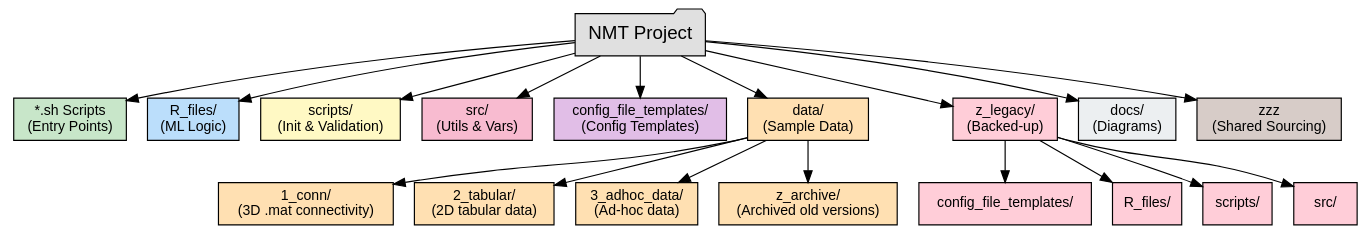
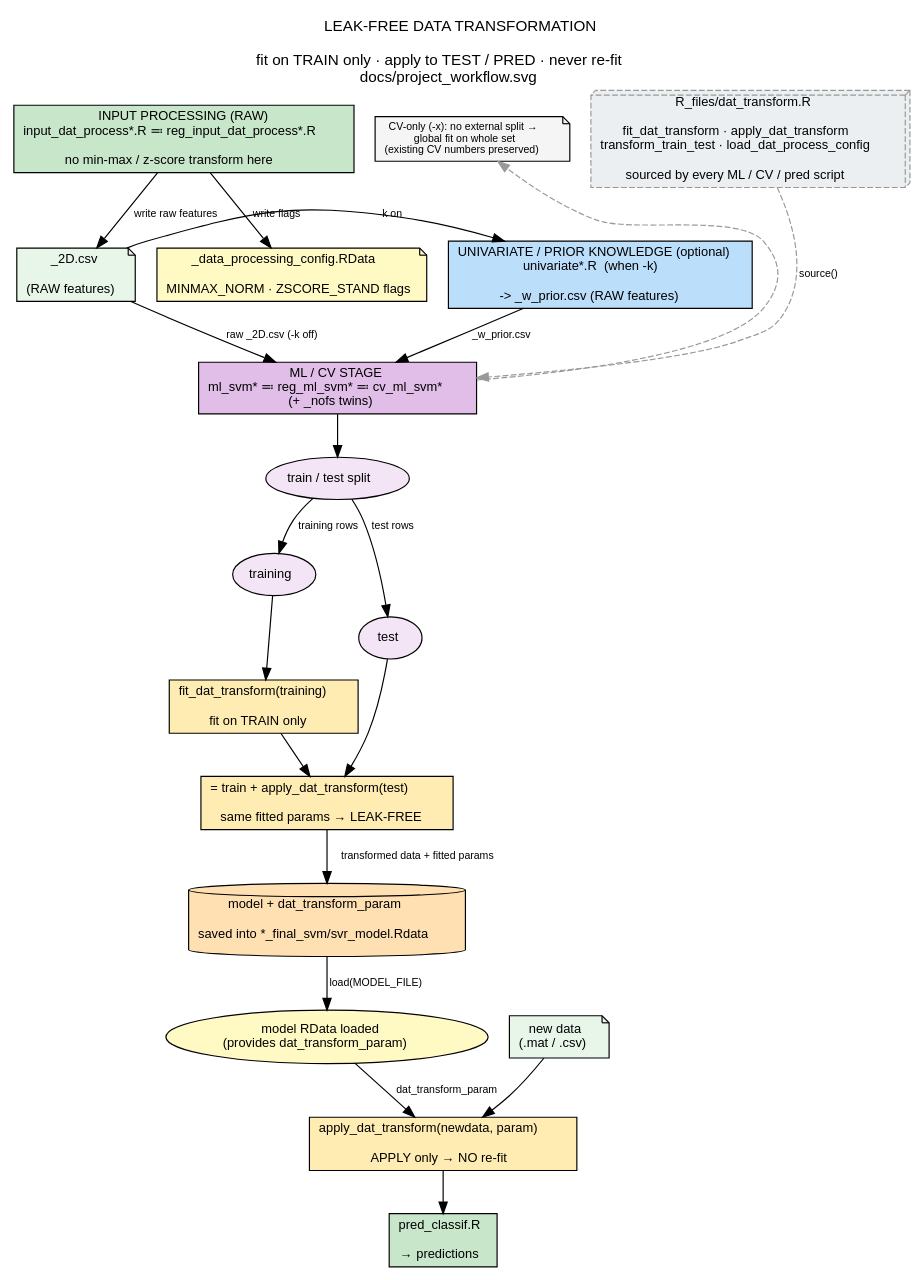
Before and after one commit to jzhangc/git_nmt_commandline: the diagram in docs/project_workflow.dot, drawn with Graphviz. The commit also changed 22 other files, not shown here.

Commit message:
0.5.x-20261017: data transformation updates

```diff
--- a/docs/project_workflow.dot
+++ b/docs/project_workflow.dot
@@ -1,55 +1,66 @@
 digraph NMT_Project_Workflow {
   rankdir=TB;
   fontname="Helvetica";
-  node [fontname="Helvetica", style=filled, shape=box, fontsize=12];
-  edge [fontname="Helvetica", fontsize=10];
+  node [fontname="Helvetica", style=filled, shape=box, fontsize=11];
+  edge [fontname="Helvetica", fontsize=9];
+  labelloc="t";
+  label=<LEAK-FREE DATA TRANSFORMATION<BR/><BR/>fit on TRAIN only &#183; apply to TEST / PRED &#183; never re-fit<BR/><FONT FACE="Helvetica">docs/project_workflow.svg</FONT>>;
+  fontsize=13;
 
-   // Main project root
-   root [label="NMT Project", shape=folder, fillcolor="#e0e0e0", fontsize=16];
+  // ---- 1. Input processing (RAW: no transform) ----
+  input [label=<INPUT PROCESSING (RAW)<BR/>input_dat_process*.R &#8789; reg_input_dat_process*.R<BR/><BR/>no min-max / z-score transform here>, fillcolor="#c8e6c9"];
+  raw [label=<_2D.csv<BR/><BR/>(RAW features)>, shape=note, fillcolor="#e8f5e9"];
+  cfg [label=<_data_processing_config.RData<BR/><BR/>MINMAX_NORM &#183; ZSCORE_STAND flags>, shape=note, fillcolor="#fff9c4"];
 
-   // Top-level directories
-   bash [label="*.sh Scripts\n(Entry Points)", fillcolor="#c8e6c9"];
-   r_files [label="R_files/\n(ML Logic)", fillcolor="#bbdefb"];
-   scripts_dir [label="scripts/\n(Init & Validation)", fillcolor="#fff9c4"];
-   src_dir [label="src/\n(Utils & Vars)", fillcolor="#f8bbd0"];
-   config_templates [label="config_file_templates/\n(Config Templates)", fillcolor="#e1bee7"];
-   data_dir [label="data/\n(Sample Data)", fillcolor="#ffe0b2"];
-   z_legacy [label="z_legacy/\n(Backed-up)", fillcolor="#ffcdd8"];
-   docs [label="docs/\n(Diagrams)", fillcolor="#eceff1"];
-   zzz [label="zzz\n(Shared Sourcing)", fillcolor="#d7ccc8"];
+  input -> raw  [label="write raw features"];
+  input -> cfg  [label="write flags"];
 
-   root -> bash;
-   root -> r_files;
-   root -> scripts_dir;
-   root -> src_dir;
-   root -> config_templates;
-   root -> data_dir;
-   root -> z_legacy;
-   root -> docs;
-   root -> zzz;
+  // ---- 2. Prior-knowledge / univariate (optional) ----
+  univ [label=<UNIVARIATE / PRIOR KNOWLEDGE (optional)<BR/>univariate*.R  (when -k)<BR/><BR/>-&gt; _w_prior.csv (RAW features)>, fillcolor="#bbdefb"];
+  raw -> univ  [label="-k on", constraint=false];
+  univ -> ml   [label="_w_prior.csv"];
+  raw  -> ml   [label="raw _2D.csv (-k off)"];
 
-    // z_legacy sub-folders
-   legacy_config [label="config_file_templates/", fillcolor="#ffcdd8", parent=z_legacy];
-   legacy_r_files [label="R_files/", fillcolor="#ffcdd8", parent=z_legacy];
-   legacy_scripts [label="scripts/", fillcolor="#ffcdd8", parent=z_legacy];
-   legacy_src [label="src/", fillcolor="#ffcdd8", parent=z_legacy];
+  // ---- 3. ML / CV stage: fit-on-train, apply-to-test ----
+  ml [label=<ML / CV STAGE<BR/>ml_svm* &#8789; reg_ml_svm* &#8789; cv_ml_svm*<BR/>(+ _nofs twins)>, fillcolor="#e1bee7"];
+  split [label=<train / test split>, shape=ellipse, fillcolor="#f3e5f5"];
+  ml -> split;
 
-   z_legacy -> legacy_config;
-   z_legacy -> legacy_r_files;
-   z_legacy -> legacy_scripts;
-   z_legacy -> legacy_src;
+  tr [label=<training>, shape=ellipse, fillcolor="#f3e5f5"];
+  tt [label=<test>, shape=ellipse, fillcolor="#f3e5f5"];
+  split -> tr [label="training rows"];
+  split -> tt [label="test rows"];
 
-    // data sub-folders
-   data_conn [label="1_conn/\n(3D .mat connectivity)", fillcolor="#ffe0b2", parent=data_dir];
-   data_tabular [label="2_tabular/\n(2D tabular data)", fillcolor="#ffe0b2", parent=data_dir];
-   data_adhoc [label="3_adhoc_data/\n(Ad-hoc data)", fillcolor="#ffe0b2", parent=data_dir];
-   data_archive [label="z_archive/\n(Archived old versions)", fillcolor="#ffe0b2", parent=data_dir];
+  fit   [label=<fit_dat_transform(training)<BR/><BR/>fit on TRAIN only>, shape=box, fillcolor="#ffecb3"];
+  apply [label=<= train + apply_dat_transform(test)<BR/><BR/>same fitted params &#8594; LEAK-FREE>, shape=box, fillcolor="#ffecb3"];
+  tr  -> fit;
+  fit -> apply;
+  tt  -> apply;
 
-   data_dir -> data_conn;
-   data_dir -> data_tabular;
-   data_dir -> data_adhoc;
-   data_dir -> data_archive;
+  model [label=<model + dat_transform_param<BR/><BR/>saved into *_final_svm/svr_model.Rdata>, shape=cylinder, fillcolor="#ffe0b2"];
+  apply -> model [label="transformed data + fitted params"];
 
-    // Style edges
-   edge [color="#666666", arrowsize=0.8];
+  // ---- 4. Prediction: apply, never re-fit ----
+  newdata [label=<new data<BR/>(.mat / .csv)>, shape=note, fillcolor="#e8f5e9"];
+  loadm   [label=<model RData loaded<BR/>(provides dat_transform_param)>, shape=ellipse, fillcolor="#fff9c4"];
+  applyp  [label=<apply_dat_transform(newdata, param)<BR/><BR/>APPLY only &#8594; NO re-fit>, shape=box, fillcolor="#ffecb3"];
+  pred    [label=<pred_classif.R<BR/><BR/>&#8594; predictions>, shape=box, fillcolor="#c8e6c9"];
+
+  model   -> loadm  [label="load(MODEL_FILE)"];
+  loadm   -> applyp [label="dat_transform_param"];
+  newdata -> applyp;
+  applyp  -> pred;
+
+  // ---- Shared helper (dashed: sourced, not a data carrier) ----
+  helper [label=<R_files/dat_transform.R<BR/><BR/>fit_dat_transform &#183; apply_dat_transform<BR/>transform_train_test &#183; load_dat_process_config<BR/><BR/>sourced by every ML / CV / pred script>,
+          shape=box3d, fillcolor="#eceff1", style="filled,dashed", color="#999999"];
+  helper -> ml     [style=dashed, color="#999999", constraint=false, label="source()"];
+
+  // ---- CV-only note (global fit; existing numbers preserved) ----
+  cvnote [label=<CV-only (-x): no external split &#8594;<BR/>global fit on whole set<BR/>(existing CV numbers preserved)>,
+          shape=note, fillcolor="#f5f5f5", fontsize=9];
+  ml -> cvnote [style=dashed, color="#999999", constraint=false];
+
+  // edge styling
+  edge [color="#444444", arrowsize=0.7];
 }
```
